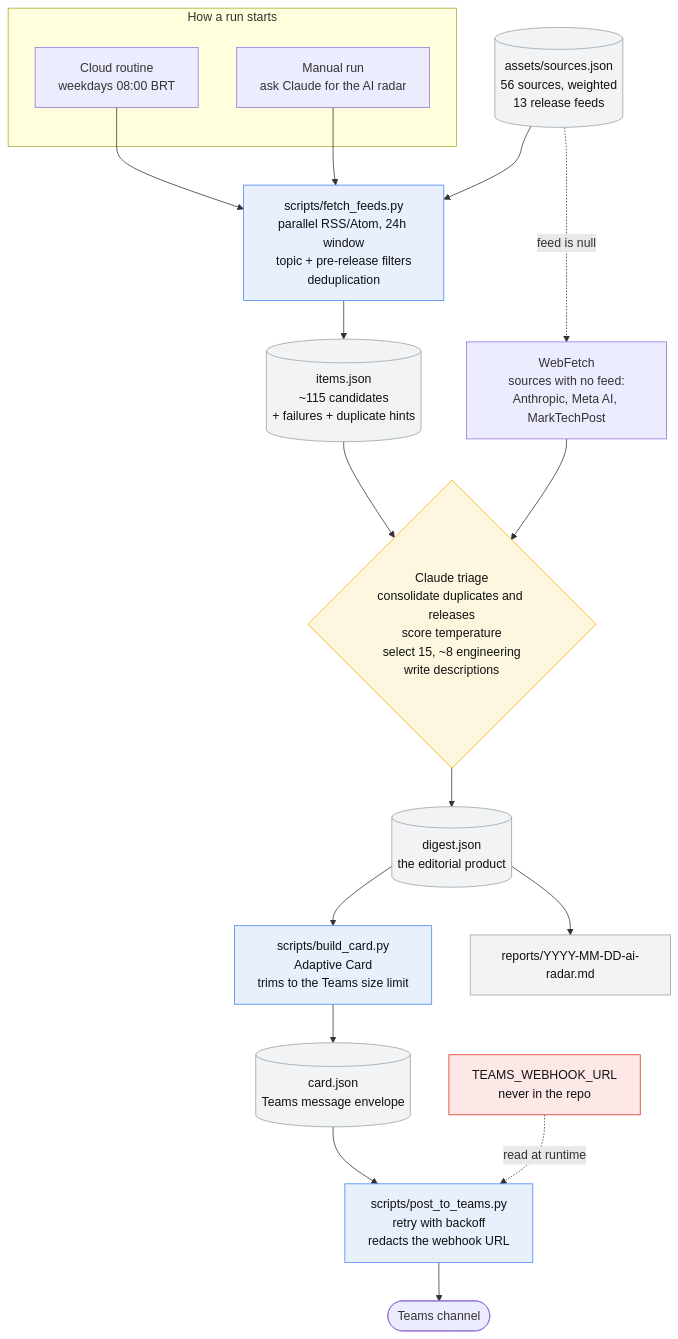
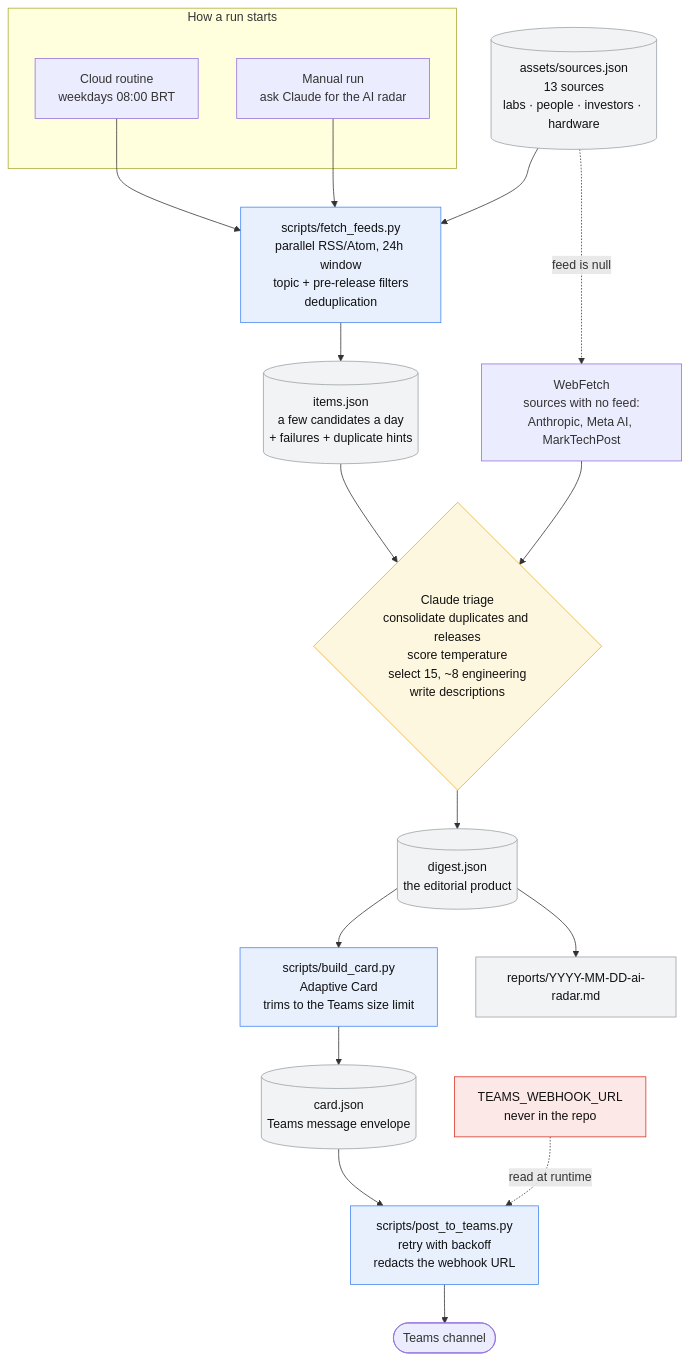
One commit to werner-denzin/claude-labs changed the diagram in README.md. Above: the diagram before and after it, drawn with Mermaid. The commit also changed other lines of this file and 2 other files, not shown here.

First paragraph of the commit message:
feat(ai-news-digest): cut the catalog to 13 sources
Per the user: labs (OpenAI, Anthropic, Google), the people building them
(Karpathy, Boris Cherny, Thariq, Sam Altman), investors (a16z, Y Combinator,
Sequoia) and NVIDIA. Down from 56, to cut the triage context and the token cost
of a run.

````diff
--- a/README.md
+++ b/README.md
@@ -19,47 +19,47 @@
 ```mermaid
 flowchart TD
     subgraph triggers["How a run starts"]
         ROUTINE["Cloud routine<br>weekdays 08:00 BRT"]
         MANUAL["Manual run<br>ask Claude for the AI radar"]
     end
 
-    CATALOG[("assets/sources.json<br>56 sources, weighted<br>13 release feeds")]
+    CATALOG[("assets/sources.json<br>13 sources<br>labs · people · investors · hardware")]
     FETCH["scripts/fetch_feeds.py<br>parallel RSS/Atom, 24h window<br>topic + pre-release filters<br>deduplication"]
-    ITEMS[("items.json<br>~115 candidates<br>+ failures + duplicate hints")]
+    ITEMS[("items.json<br>a few candidates a day<br>+ failures + duplicate hints")]
     WEB["WebFetch<br>sources with no feed:<br>Anthropic, Meta AI, MarkTechPost"]
 
     TRIAGE{"Claude triage<br>consolidate duplicates and releases<br>score temperature<br>select 15, ~8 engineering<br>write descriptions"}
     DIGEST[("digest.json<br>the editorial product")]
 
     BUILD["scripts/build_card.py<br>Adaptive Card<br>trims to the Teams size limit"]
     CARD[("card.json<br>Teams message envelope")]
     POST["scripts/post_to_teams.py<br>retry with backoff<br>redacts the webhook URL"]
 
     TEAMS(["Teams channel"])
     ARCHIVE["reports/YYYY-MM-DD-ai-radar.md"]
     SECRET["TEAMS_WEBHOOK_URL<br>never in the repo"]
 
     ROUTINE --> FETCH
     MANUAL --> FETCH
     CATALOG --> FETCH
     FETCH --> ITEMS
     CATALOG -. "feed is null" .-> WEB
     ITEMS --> TRIAGE
     WEB --> TRIAGE
     TRIAGE --> DIGEST
     DIGEST --> BUILD
     BUILD --> CARD
     CARD --> POST
     POST --> TEAMS
     DIGEST --> ARCHIVE
     SECRET -. read at runtime .-> POST
 
     classDef script fill:#e8f0fe,stroke:#4285f4,color:#111
     classDef data fill:#f1f3f4,stroke:#9aa0a6,color:#111
     classDef judgment fill:#fef7e0,stroke:#f9ab00,color:#111
     classDef secret fill:#fce8e6,stroke:#d93025,color:#111
     class FETCH,BUILD,POST script
     class CATALOG,ITEMS,DIGEST,CARD,ARCHIVE data
     class TRIAGE judgment
     class SECRET secret
 ```
````
